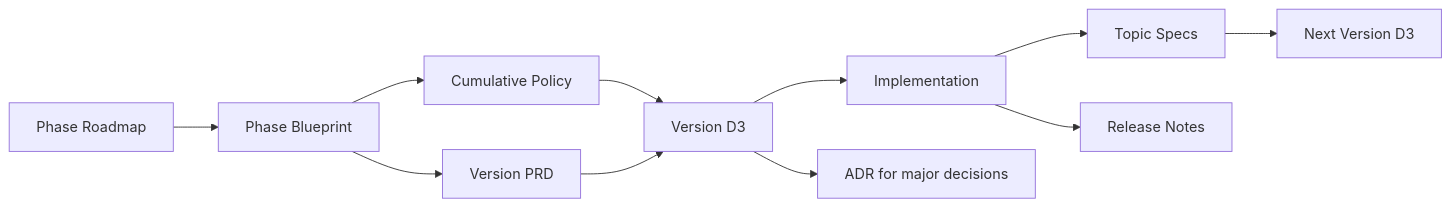
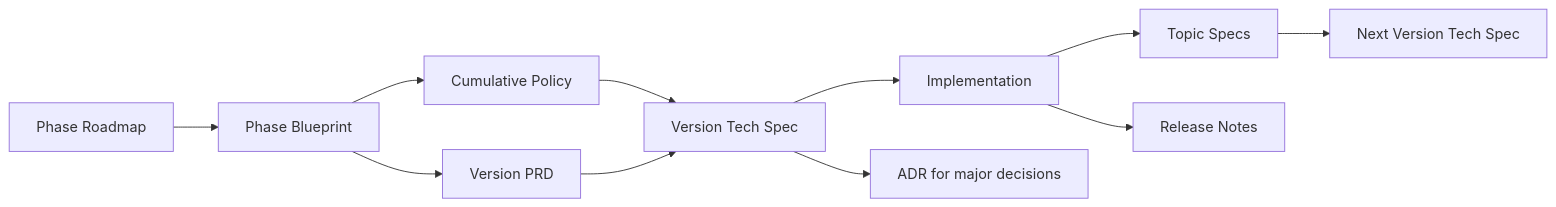
One commit to ssota-labs/youpd changed the second of 2 diagrams in .cursor/skills/youpd-version-workflow/references/documentation-workflow.md. Above: the diagram before and after it, drawn with Mermaid. The commit also changed other lines of this file and 10 other files, not shown here.

First line of the commit message:
docs: rename D3 Tech Spec to Tech Spec across workflow skills

````diff
--- a/.cursor/skills/youpd-version-workflow/references/documentation-workflow.md
+++ b/.cursor/skills/youpd-version-workflow/references/documentation-workflow.md
@@ -52,13 +54,13 @@
 ```mermaid
 flowchart LR
   Roadmap["Phase Roadmap"] --> Blueprint["Phase Blueprint"]
   Blueprint --> Policy["Cumulative Policy"]
   Blueprint --> PRD["Version PRD"]
-  Policy --> D3["Version D3"]
-  PRD --> D3
-  D3 --> Implementation["Implementation"]
+  Policy --> TechSpec["Version Tech Spec"]
+  PRD --> TechSpec
+  TechSpec --> Implementation["Implementation"]
   Implementation --> Spec["Topic Specs"]
   Implementation --> ReleaseNotes["Release Notes"]
-  D3 --> ADR["ADR for major decisions"]
-  Spec --> NextD3["Next Version D3"]
+  TechSpec --> ADR["ADR for major decisions"]
+  Spec --> NextTechSpec["Next Version Tech Spec"]
 ```
````
